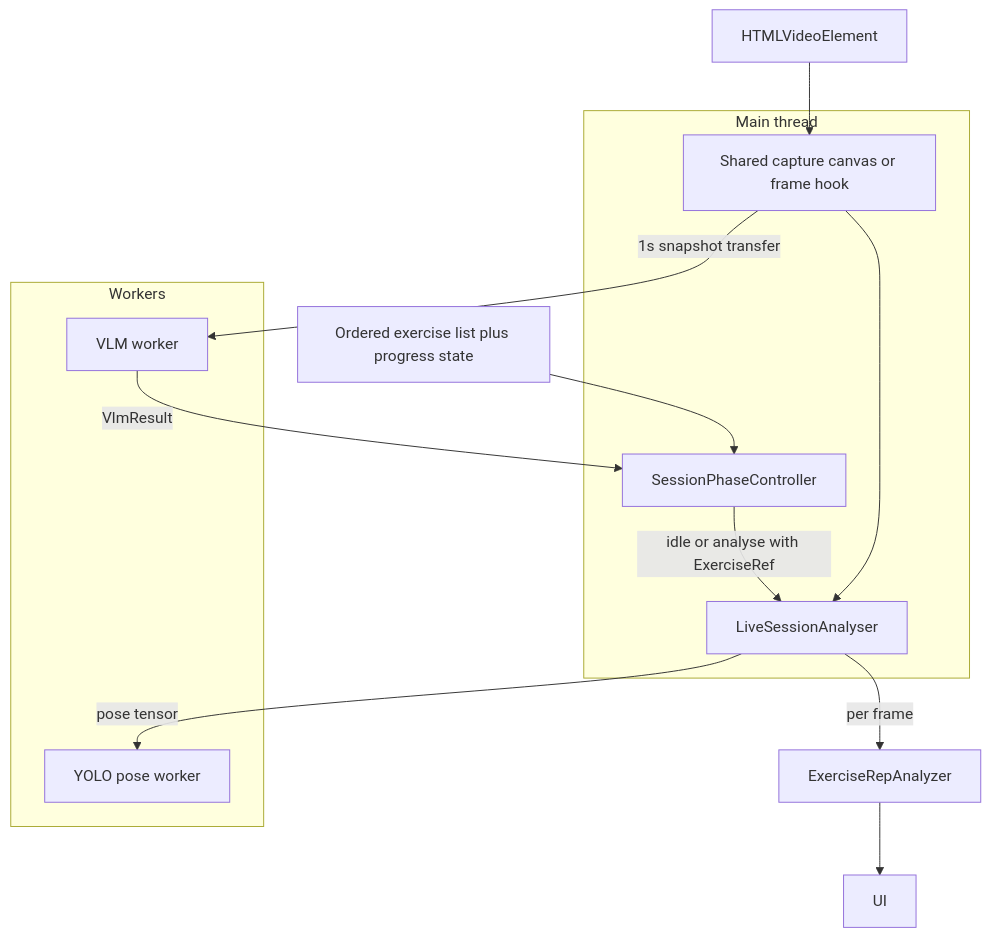
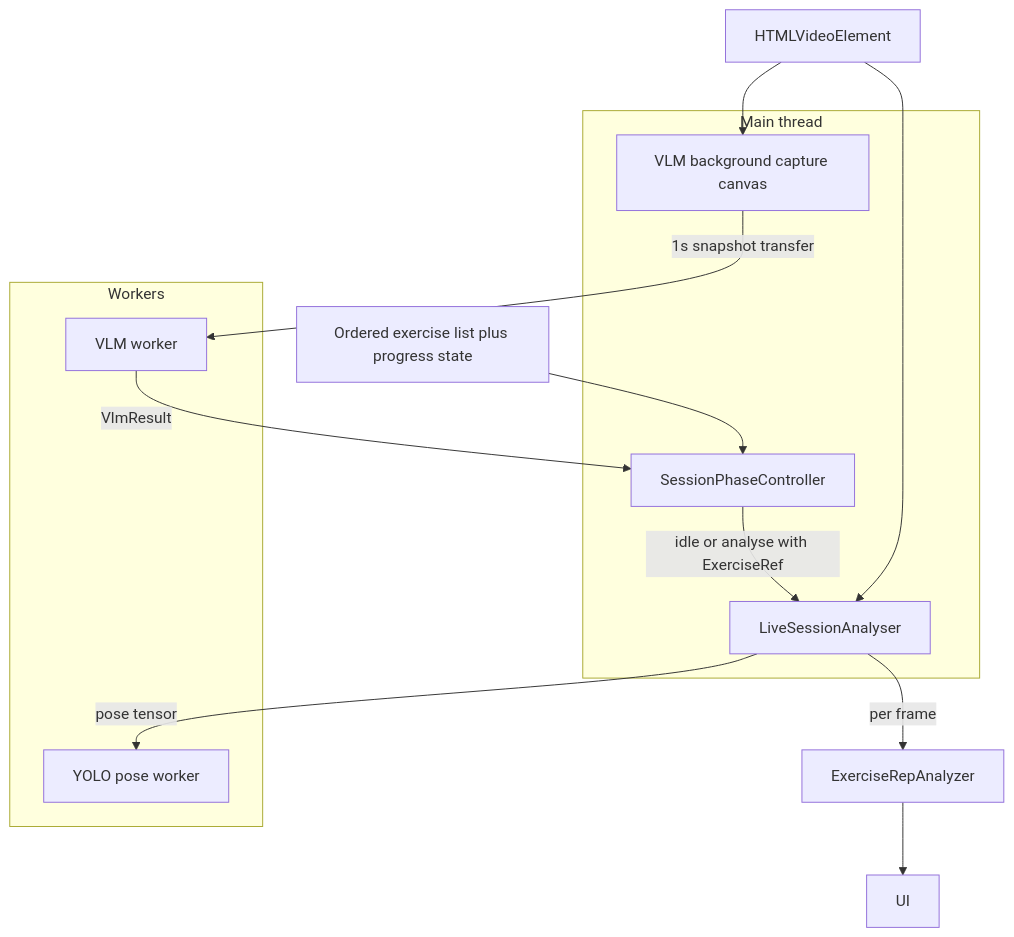
One commit to marco-leee/gymbo changed the first of 4 diagrams in doc/features/workout-session-phase-controller/design.md. Above: the diagram before and after it, drawn with Mermaid. The commit also changed other lines of this file and 11 other files, not shown here.

````diff
--- a/doc/features/workout-session-phase-controller/design.md
+++ b/doc/features/workout-session-phase-controller/design.md
@@ -33,23 +33,23 @@
 ```mermaid
 flowchart TB
   subgraph main [Main thread]
     spc[SessionPhaseController]
     las[LiveSessionAnalyser]
-    capture[Shared capture canvas or frame hook]
+    vlmCap[VLM background capture canvas]
   end
   subgraph workers [Workers]
     yolo[YOLO pose worker]
     vlmW[VLM worker]
   end
   list[Ordered exercise list plus progress state]
   video[HTMLVideoElement]
   list --> spc
-  video --> capture
-  capture --> las
-  capture -->|1s snapshot transfer| vlmW
+  video --> vlmCap
+  video --> las
+  vlmCap -->|1s snapshot transfer| vlmW
   las -->|pose tensor| yolo
   vlmW -->|VlmResult| spc
   spc -->|idle or analyse with ExerciseRef| las
   las -->|per frame| rep[ExerciseRepAnalyzer]
   rep --> ui[UI]
 ```
````
